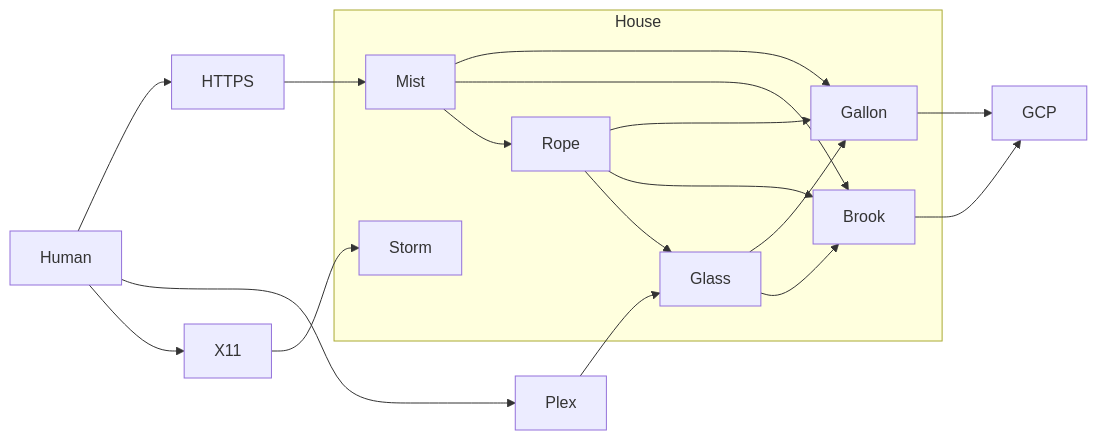
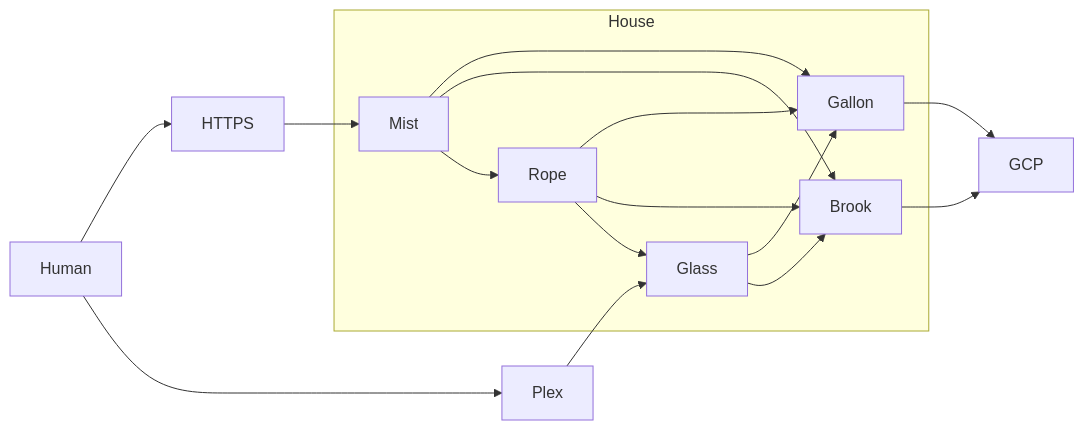
Before and after one commit to icco/writing: the diagram in posts/759.md, drawn with Mermaid. The commit also changed other lines of this file, not shown here.

````diff
--- a/posts/759.md
+++ b/posts/759.md
@@ -23,29 +23,26 @@
 ```mermaid
 flowchart LR;
 
 subgraph AA [House]
     Glass;
-    Storm;
     Rope;
     Gallon;
     Mist;
     Brook;
 end
 
 Human-->HTTPS;
 Human-->Plex;
-Human-->X11;
 Plex-->Glass;
 HTTPS-->Mist;
 Mist-->Gallon;
 Rope-->Gallon;
 Glass-->Gallon;
 Mist-->Brook;
 Rope-->Brook;
 Glass-->Brook;
 Mist-->Rope;
 Rope-->Glass;
-X11-->Storm;
 Gallon-->GCP;
 Brook-->GCP;
 ```
````
